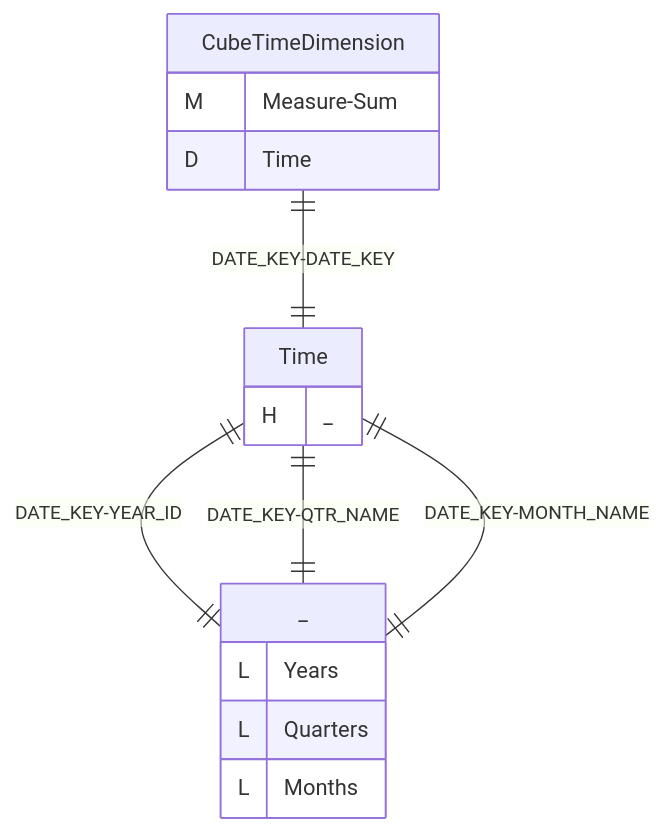
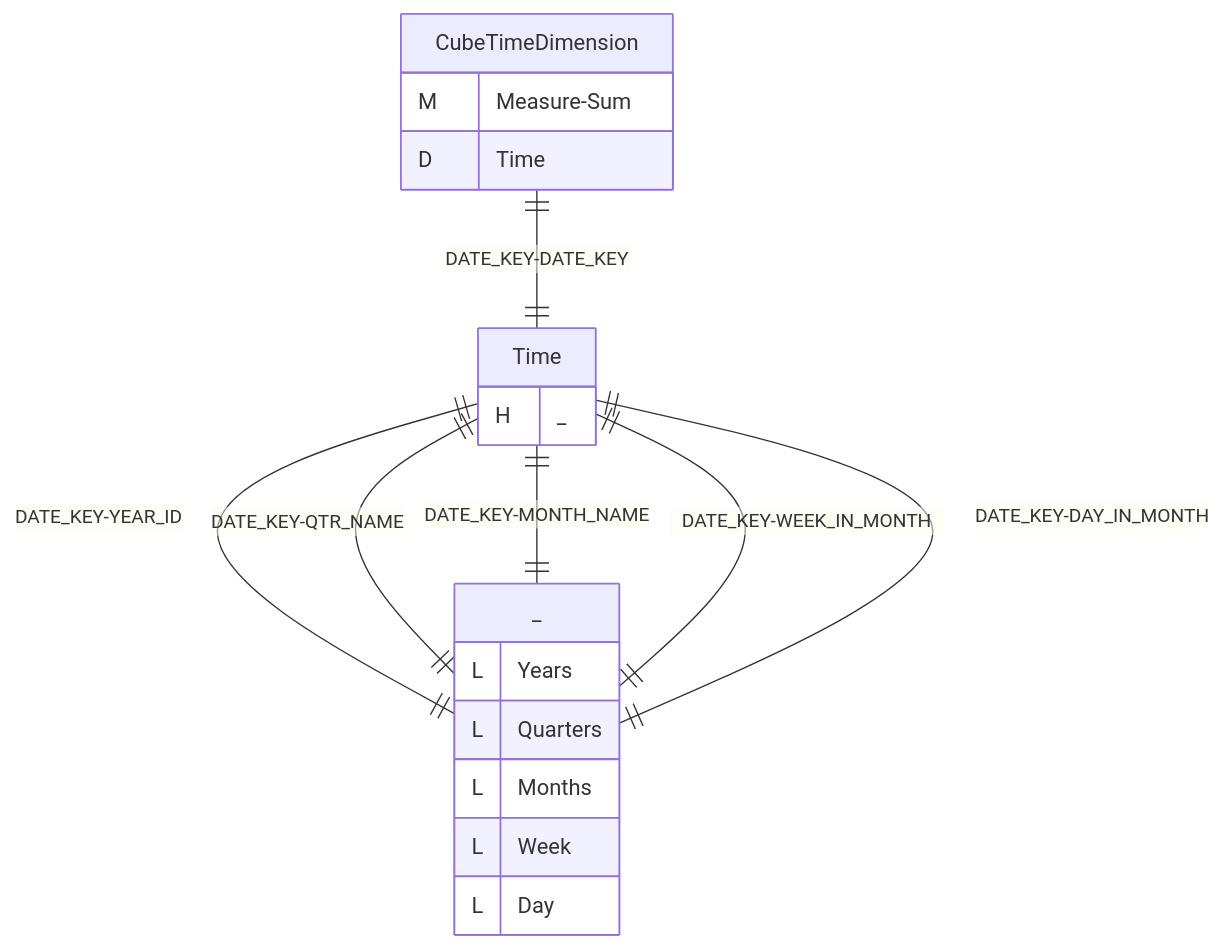
The first of 3 diagrams in demo/server/catalogs/min_Dimension_TimeDimension/README.MD (xmla-services/workground), drawn with Mermaid before and after one commit. The commit also changed other lines of this file and 14 other files, not shown here.

````diff
--- a/demo/server/catalogs/min_Dimension_TimeDimension/README.MD
+++ b/demo/server/catalogs/min_Dimension_TimeDimension/README.MD
@@ -51,30 +59,34 @@
 ```mermaid
 %%{init: {
 "theme": "default",
 "themeCSS": [
     ".er.entityBox {stroke: black;}",
     ".er.attributeBoxEven {stroke: black;}",
     ".er.attributeBoxOdd {stroke: black;}",
     "[id^=entity-c] .er.entityBox { fill: lightgreen;} ",
     "[id^=entity-d] .er.entityBox { fill: powderblue;} ",
     "[id^=entity-h] .er.entityBox { fill: pink;} "
 ]
 }}%%
 erDiagram
 c0["CubeTimeDimension"]{
 M Measure-Sum ""
 D Time ""
 }
 d00["Time"] {
 H _ ""
 }
 h000["_"] {
 L Years ""
 L Quarters ""
 L Months ""
+L Week ""
+L Day ""
 }
 "c0" ||--|| "d00" : "DATE_KEY-DATE_KEY"
 "d00" ||--|| "h000" : "DATE_KEY-YEAR_ID"
 "d00" ||--|| "h000" : "DATE_KEY-QTR_NAME"
 "d00" ||--|| "h000" : "DATE_KEY-MONTH_NAME"
+"d00" ||--|| "h000" : "DATE_KEY-WEEK_IN_MONTH"
+"d00" ||--|| "h000" : "DATE_KEY-DAY_IN_MONTH"
 ```
````
